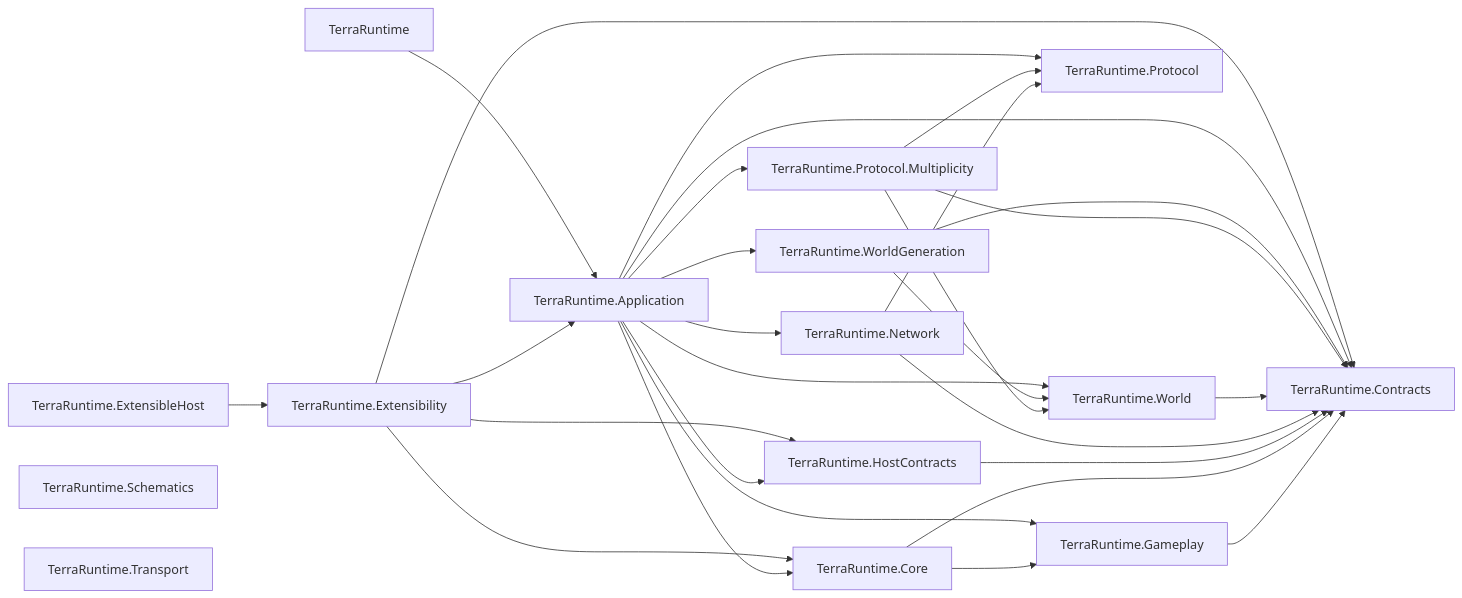
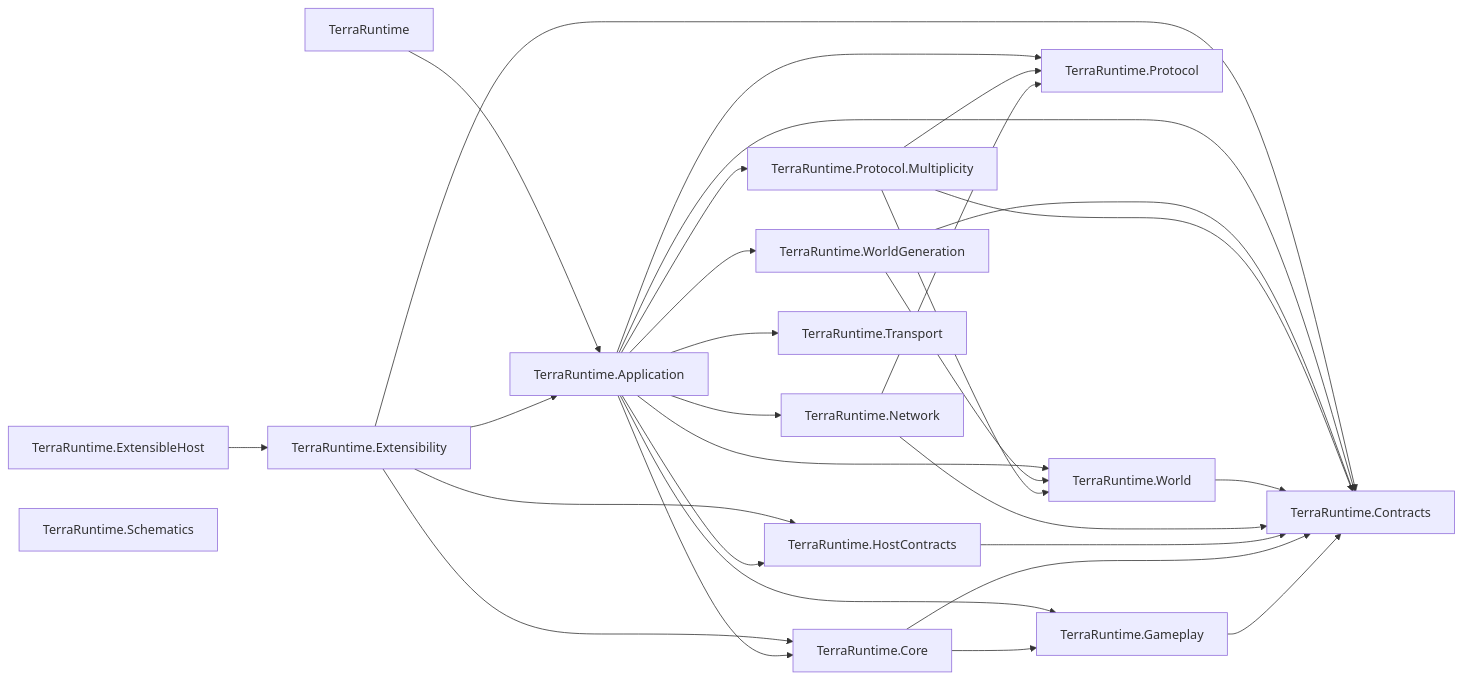
One commit to VegaKernel/TerraRuntime changed the first of 10 diagrams in docs/agent-memory/production-graph.md. Above: the diagram before and after it, drawn with Mermaid. The commit also changed other lines of this file and 201 other files, not shown here.

````diff
--- a/docs/agent-memory/production-graph.md
+++ b/docs/agent-memory/production-graph.md
@@ -11,48 +35,49 @@
 ```mermaid
 flowchart LR
     Contracts[TerraRuntime.Contracts]
     Gameplay[TerraRuntime.Gameplay]
     Core[TerraRuntime.Core]
     HostContracts[TerraRuntime.HostContracts]
     Protocol[TerraRuntime.Protocol]
     World[TerraRuntime.World]
     Network[TerraRuntime.Network]
     Multiplicity[TerraRuntime.Protocol.Multiplicity]
     WorldGen[TerraRuntime.WorldGeneration]
     Application[TerraRuntime.Application]
     Extensibility[TerraRuntime.Extensibility]
     ExtensibleHost[TerraRuntime.ExtensibleHost]
     Runtime[TerraRuntime]
     Schematics[TerraRuntime.Schematics]
     Transport[TerraRuntime.Transport]
 
     Gameplay --> Contracts
     Core --> Contracts
     Core --> Gameplay
     HostContracts --> Contracts
     Network --> Contracts
     Network --> Protocol
     World --> Contracts
     Multiplicity --> Contracts
     Multiplicity --> Protocol
     Multiplicity --> World
     WorldGen --> Contracts
     WorldGen --> World
 
     Application --> Contracts
     Application --> Core
     Application --> Gameplay
     Application --> HostContracts
     Application --> Network
     Application --> Protocol
     Application --> Multiplicity
     Application --> World
     Application --> WorldGen
+    Application --> Transport
 
     Extensibility --> Application
     Extensibility --> Contracts
     Extensibility --> Core
     Extensibility --> HostContracts
     ExtensibleHost --> Extensibility
     Runtime --> Application
 ```
````
